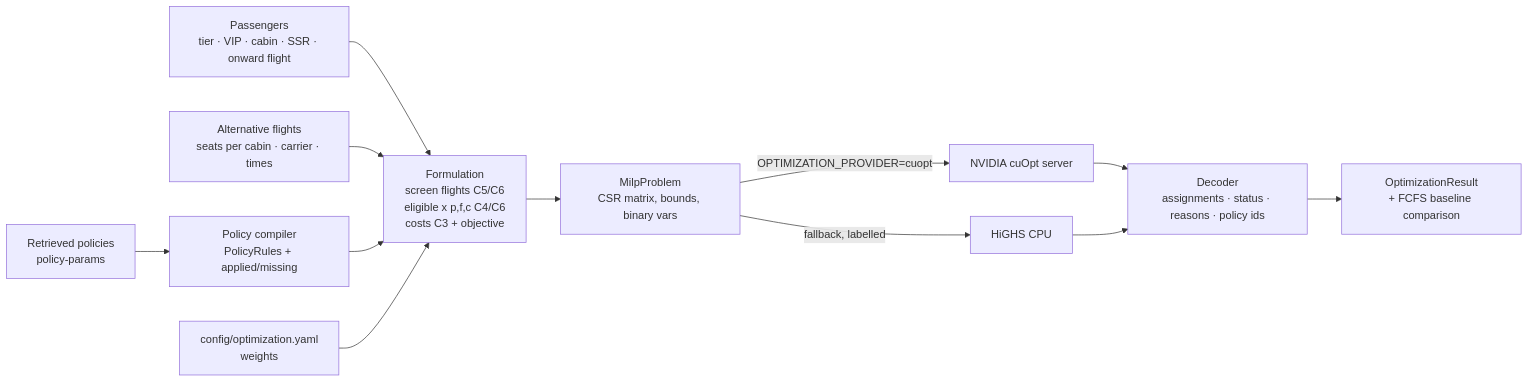
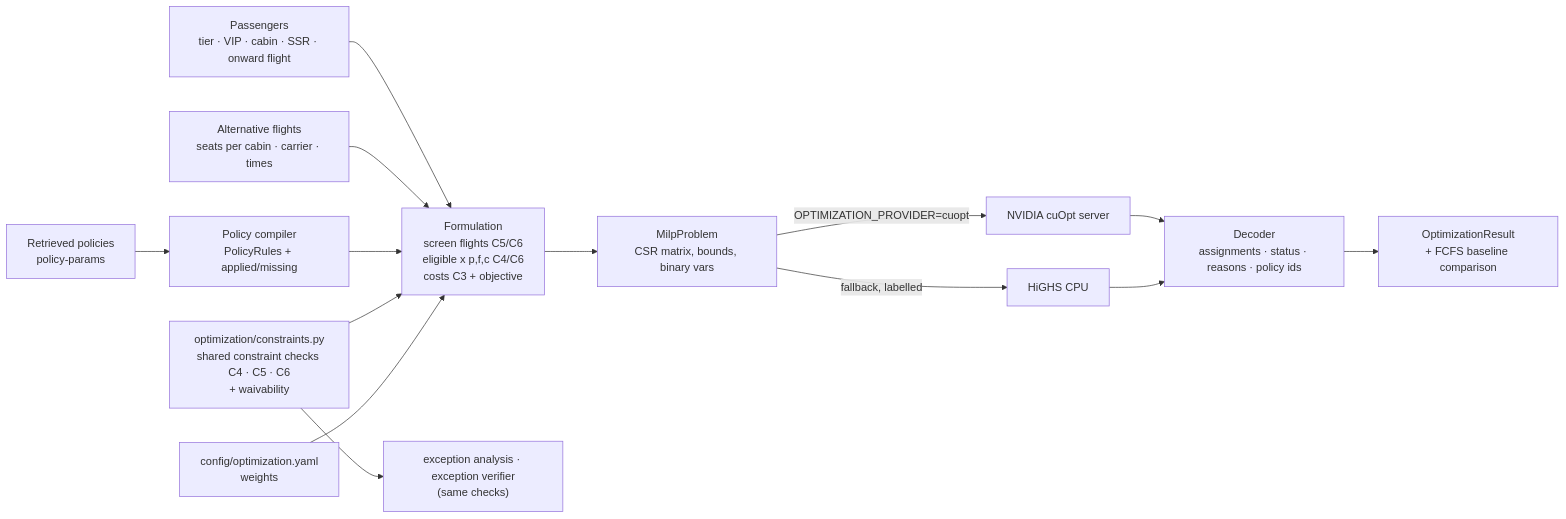
The sixth of 7 diagrams in docs/architecture.en.md (hyunolike/reroute-irops-agent), drawn with Mermaid before and after one commit. The commit also changed other lines of this file and 3 other files, not shown here.

````diff
--- a/docs/architecture.en.md
+++ b/docs/architecture.en.md
@@ -184,13 +206,15 @@
 ```mermaid
 flowchart LR
     P[Passengers<br/>tier · VIP · cabin · SSR · onward flight] --> F
     ALT[Alternative flights<br/>seats per cabin · carrier · times] --> F
     POL[Retrieved policies<br/>policy-params] --> C[Policy compiler<br/>PolicyRules + applied/missing] --> F
+    CON["optimization/constraints.py<br/>shared constraint checks C4 · C5 · C6<br/>+ waivability"] --> F
+    CON --> EX["exception analysis · exception verifier<br/>(same checks)"]
     W[config/optimization.yaml<br/>weights] --> F
     F[Formulation<br/>screen flights C5/C6<br/>eligible x p,f,c C4/C6<br/>costs C3 + objective] --> M[MilpProblem<br/>CSR matrix, bounds, binary vars]
     M -->|OPTIMIZATION_PROVIDER=cuopt| CU[NVIDIA cuOpt server]
     M -->|fallback, labelled| HI[HiGHS CPU]
     CU --> D[Decoder<br/>assignments · status · reasons · policy ids]
     HI --> D
     D --> R[OptimizationResult<br/>+ FCFS baseline comparison]
 ```
````
